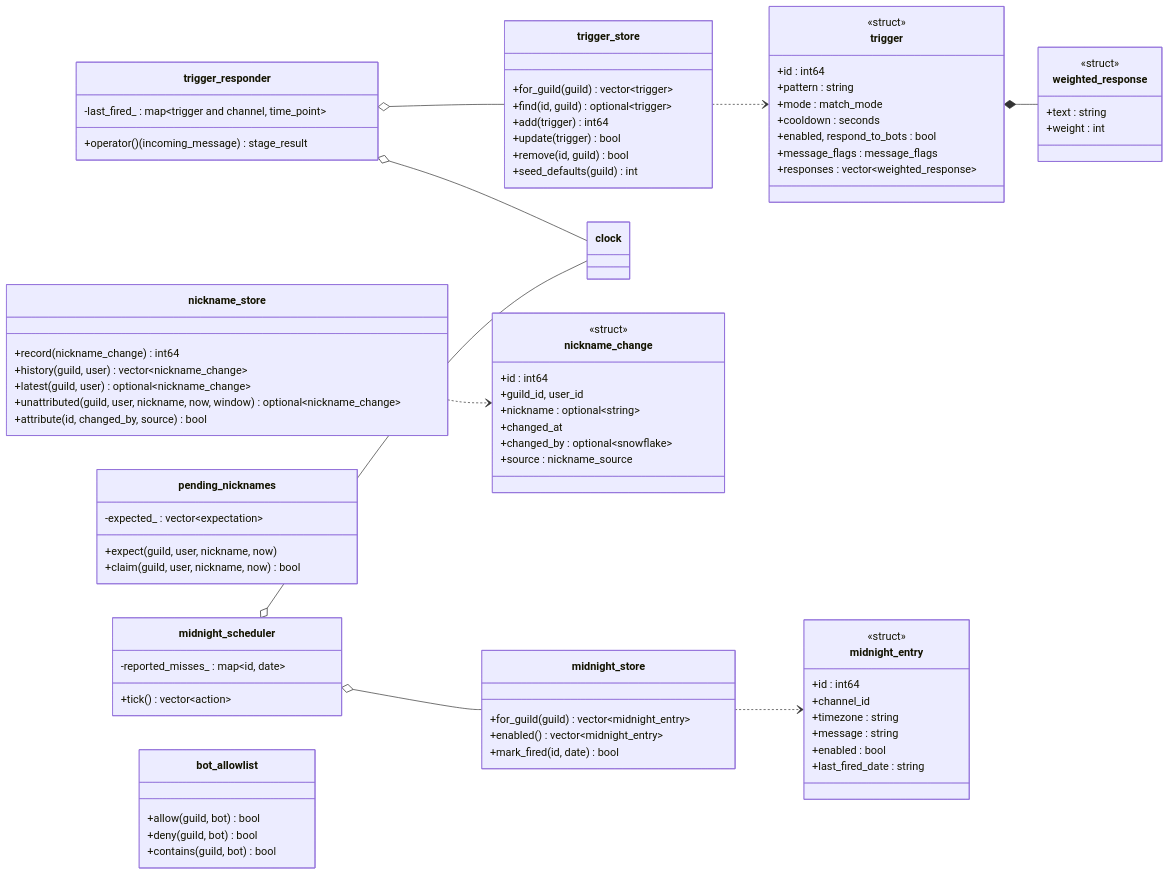
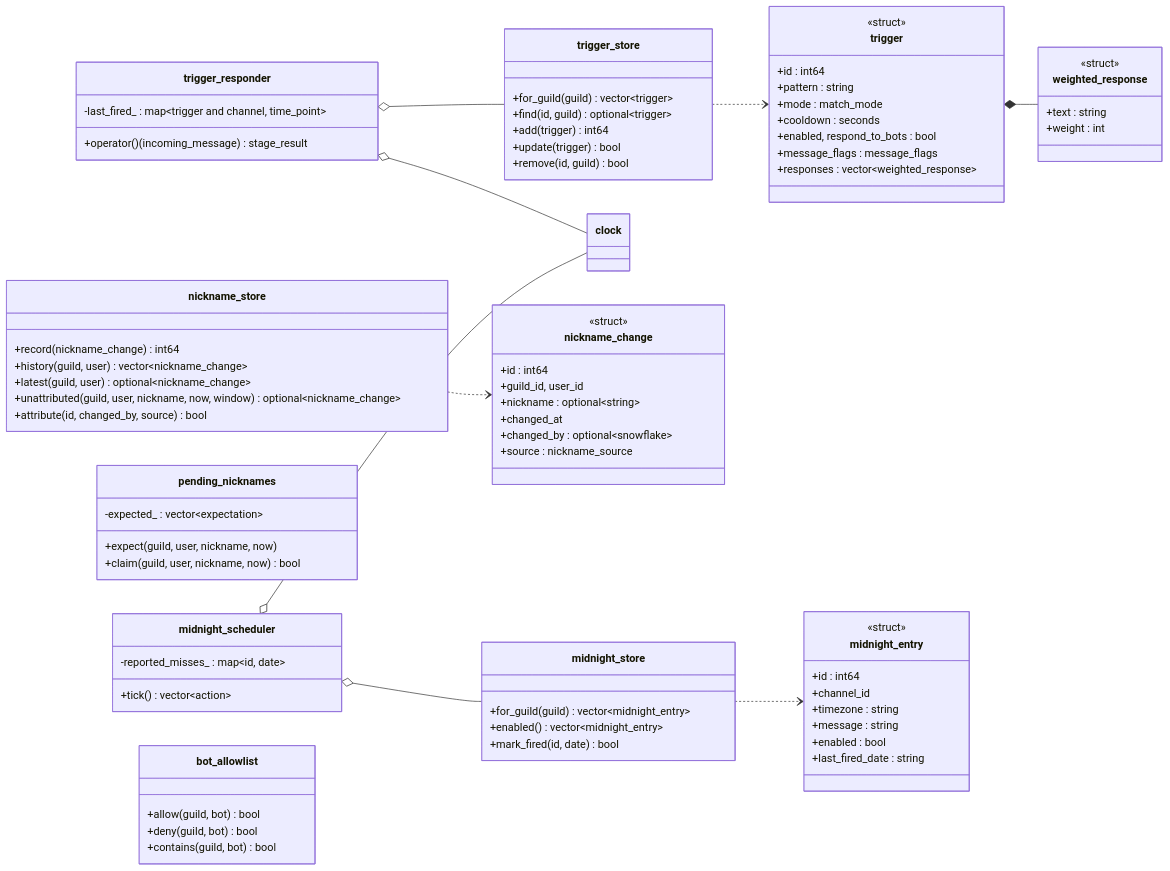
One commit to mhorn00/LatiBot-cpp changed diagram 12 of 13 in docs/architecture/Classes.md. Above: the diagram before and after it, drawn with Mermaid. The commit also changed 167 other files, not shown here.

```diff
--- a/docs/architecture/Classes.md
+++ b/docs/architecture/Classes.md
@@ -1324,7 +1324,6 @@
         +add(trigger) int64
         +update(trigger) bool
         +remove(id, guild) bool
-        +seed_defaults(guild) int
     }
     class trigger_responder {
         -last_fired_ : map~trigger and channel, time_point~
```
